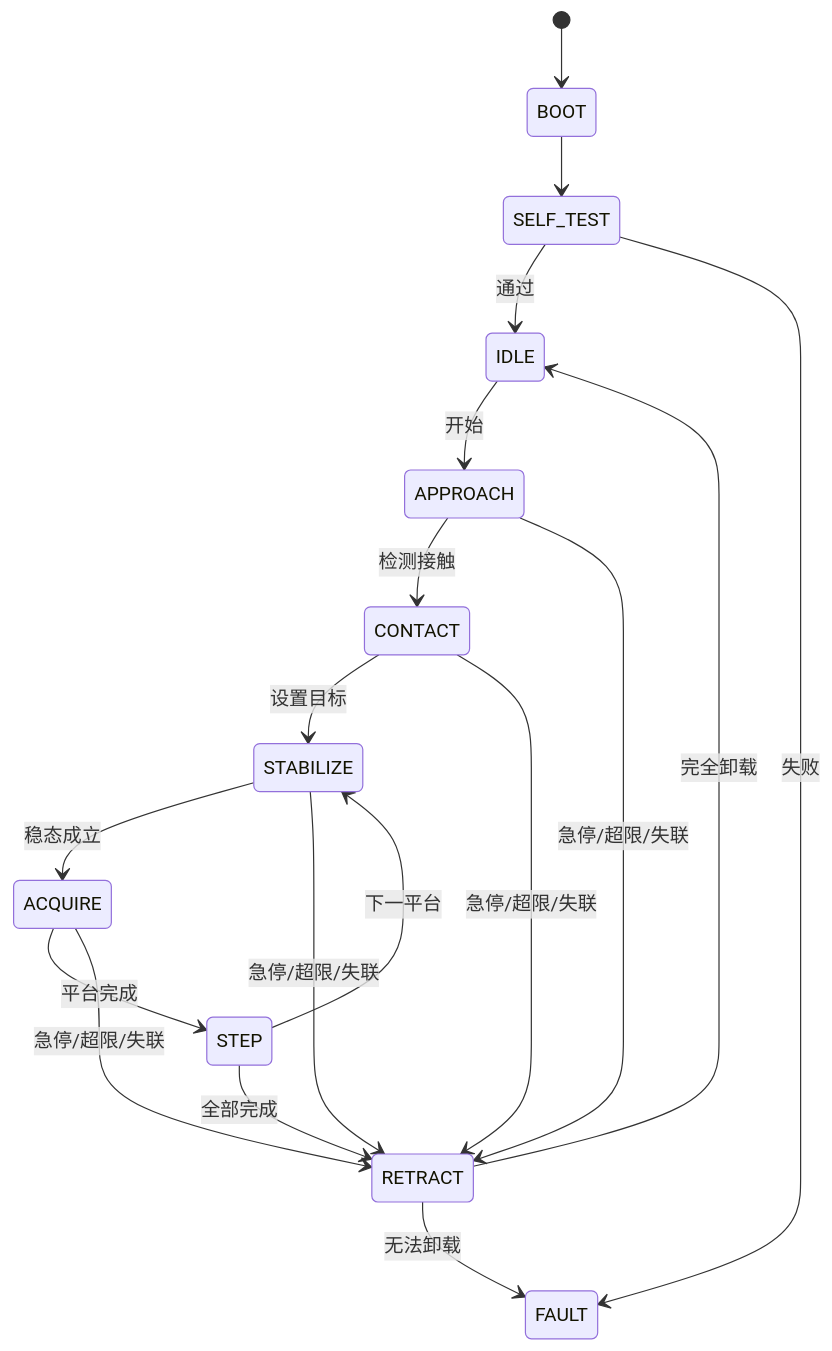
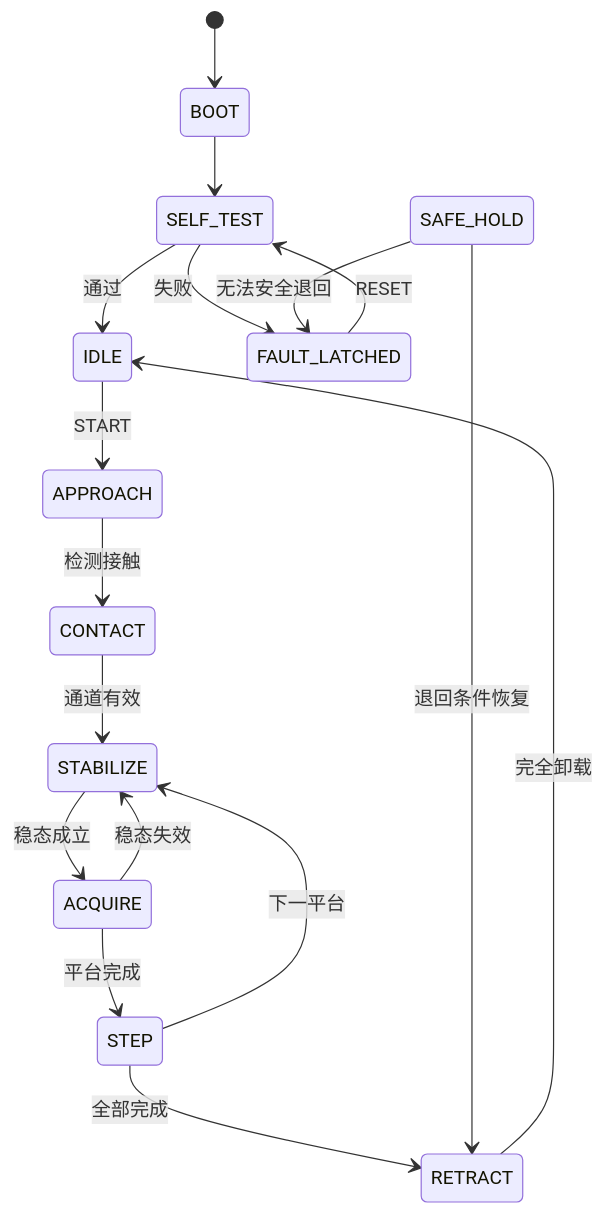
Before and after one commit to cxjchelsea/digital-pulse-diagnosis: the diagram in docs/01-系统规范/设备状态机与安全设计.md, drawn with Mermaid. The commit also changed other lines of this file and 13 other files, not shown here.

````diff
--- a/docs/01-系统规范/设备状态机与安全设计.md
+++ b/docs/01-系统规范/设备状态机与安全设计.md
@@ -13,20 +36,19 @@
 ```mermaid
 stateDiagram-v2
     [*] --> BOOT
     BOOT --> SELF_TEST
     SELF_TEST --> IDLE: 通过
-    SELF_TEST --> FAULT: 失败
-    IDLE --> APPROACH: 开始
+    SELF_TEST --> FAULT_LATCHED: 失败
+    IDLE --> APPROACH: START
     APPROACH --> CONTACT: 检测接触
-    CONTACT --> STABILIZE: 设置目标
+    CONTACT --> STABILIZE: 通道有效
     STABILIZE --> ACQUIRE: 稳态成立
     ACQUIRE --> STEP: 平台完成
+    ACQUIRE --> STABILIZE: 稳态失效
     STEP --> STABILIZE: 下一平台
     STEP --> RETRACT: 全部完成
     RETRACT --> IDLE: 完全卸载
-    APPROACH --> RETRACT: 急停/超限/失联
-    CONTACT --> RETRACT: 急停/超限/失联
-    STABILIZE --> RETRACT: 急停/超限/失联
-    ACQUIRE --> RETRACT: 急停/超限/失联
-    RETRACT --> FAULT: 无法卸载
+    SAFE_HOLD --> RETRACT: 退回条件恢复
+    SAFE_HOLD --> FAULT_LATCHED: 无法安全退回
+    FAULT_LATCHED --> SELF_TEST: RESET
 ```
````
